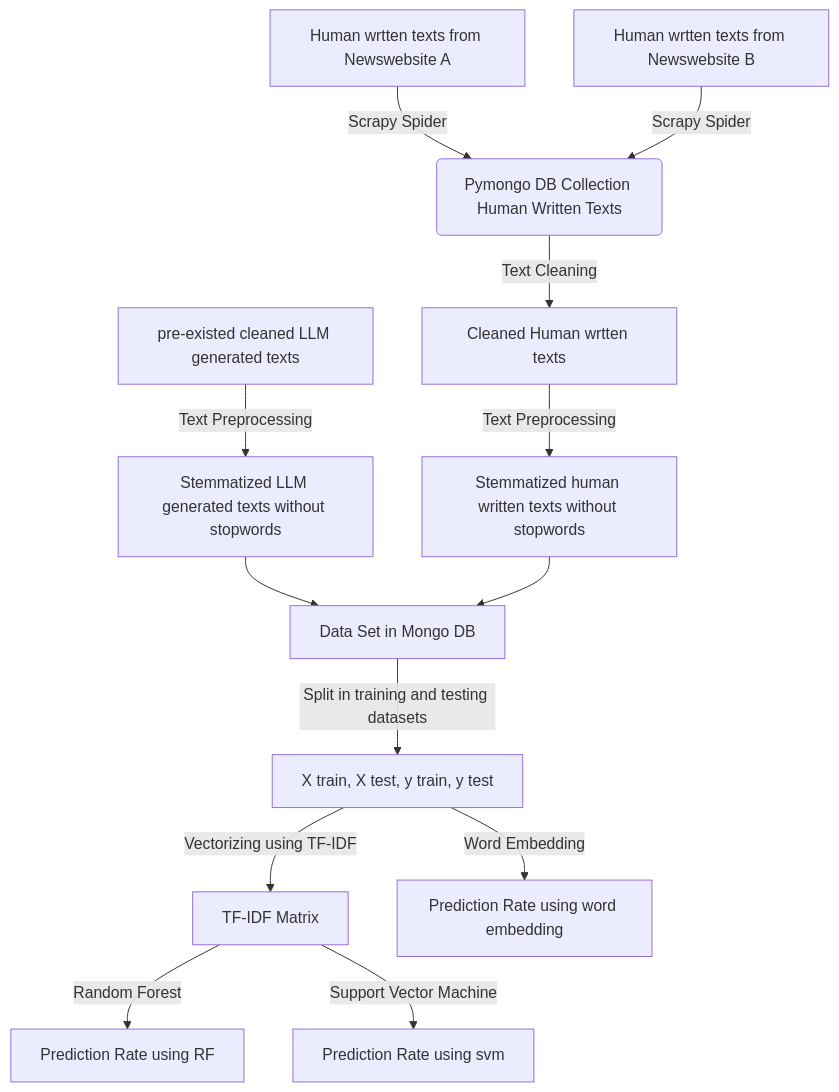
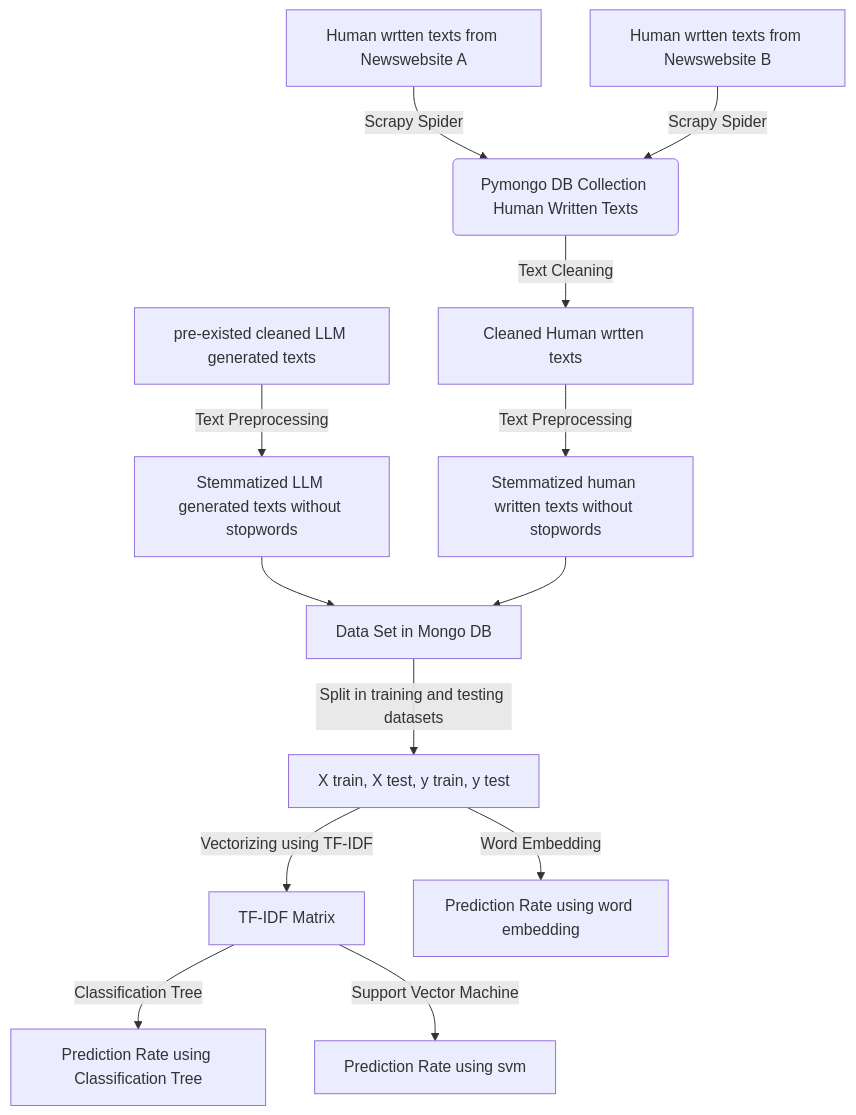
The diagram in README.md (fangyichen-project/project-ai-text-detector), drawn with Mermaid before and after one commit.

````diff
--- a/README.md
+++ b/README.md
@@ -4,15 +4,15 @@
 ```mermaid
   flowchart TD
     A[Human wrtten texts from Newswebsite A] -->|Scrapy Spider| B(Pymongo DB Collection Human Written Texts)
     C[Human wrtten texts from Newswebsite B]-->|Scrapy Spider| B(Pymongo DB Collection Human Written Texts)
     B-->|Text Cleaning|D[Cleaned Human wrtten texts]
     D-->|Text Preprocessing|E[Stemmatized human written texts without stopwords]
     F[pre-existed cleaned LLM generated texts] -->|Text Preprocessing|G[Stemmatized LLM generated texts without stopwords]
     G-->H[Data Set in Mongo DB]
     E-->H[Data Set in Mongo DB]
     H-->|Split in training and testing datasets|I[X train, X test, y train, y test]
     I-->|Vectorizing using TF-IDF|J[TF-IDF Matrix]
-    J-->|Random Forest|K[Prediction Rate using RF] 
+    J-->|Classification Tree|K[Prediction Rate using Classification Tree] 
     J-->|Support Vector Machine|L[Prediction Rate using svm]
     I-->|Word Embedding|M[Prediction Rate using word embedding] 
 ```
````
